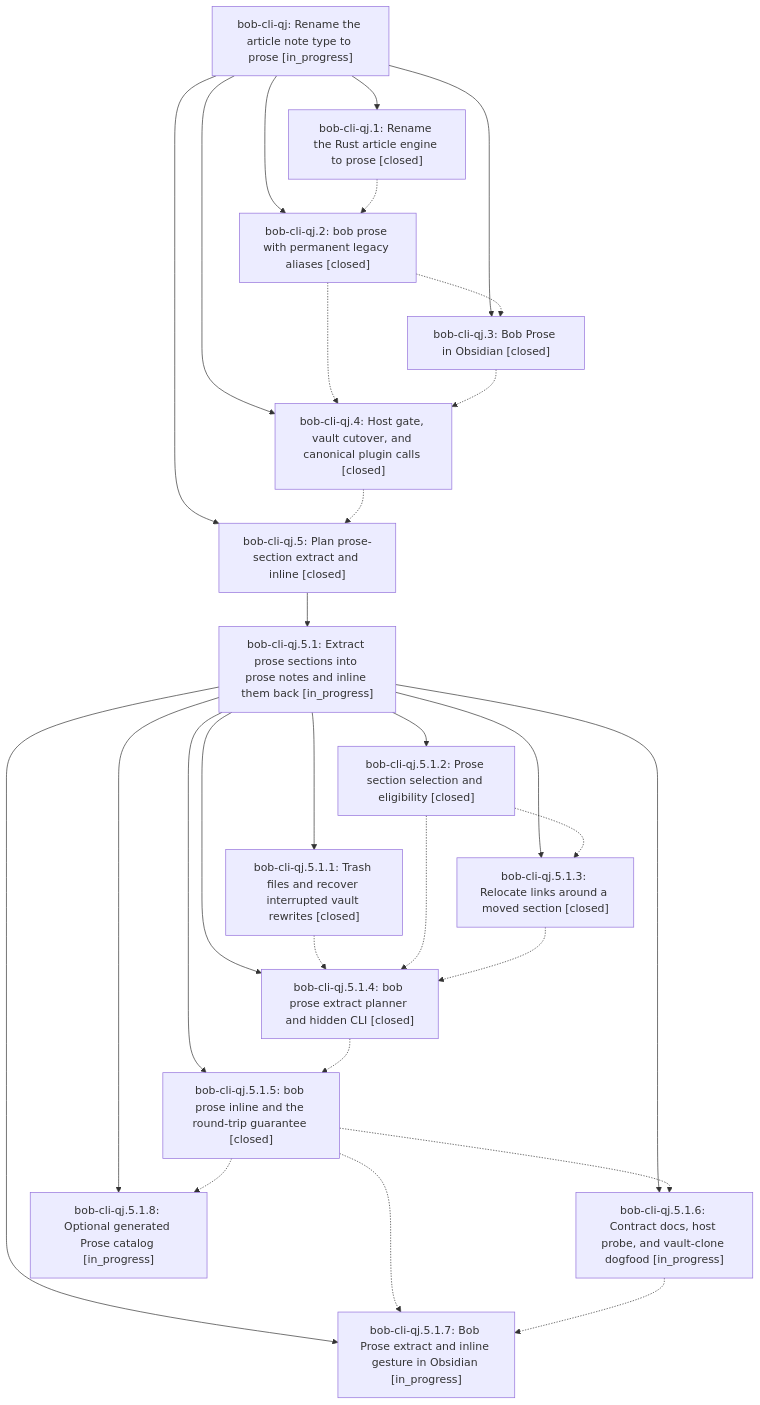
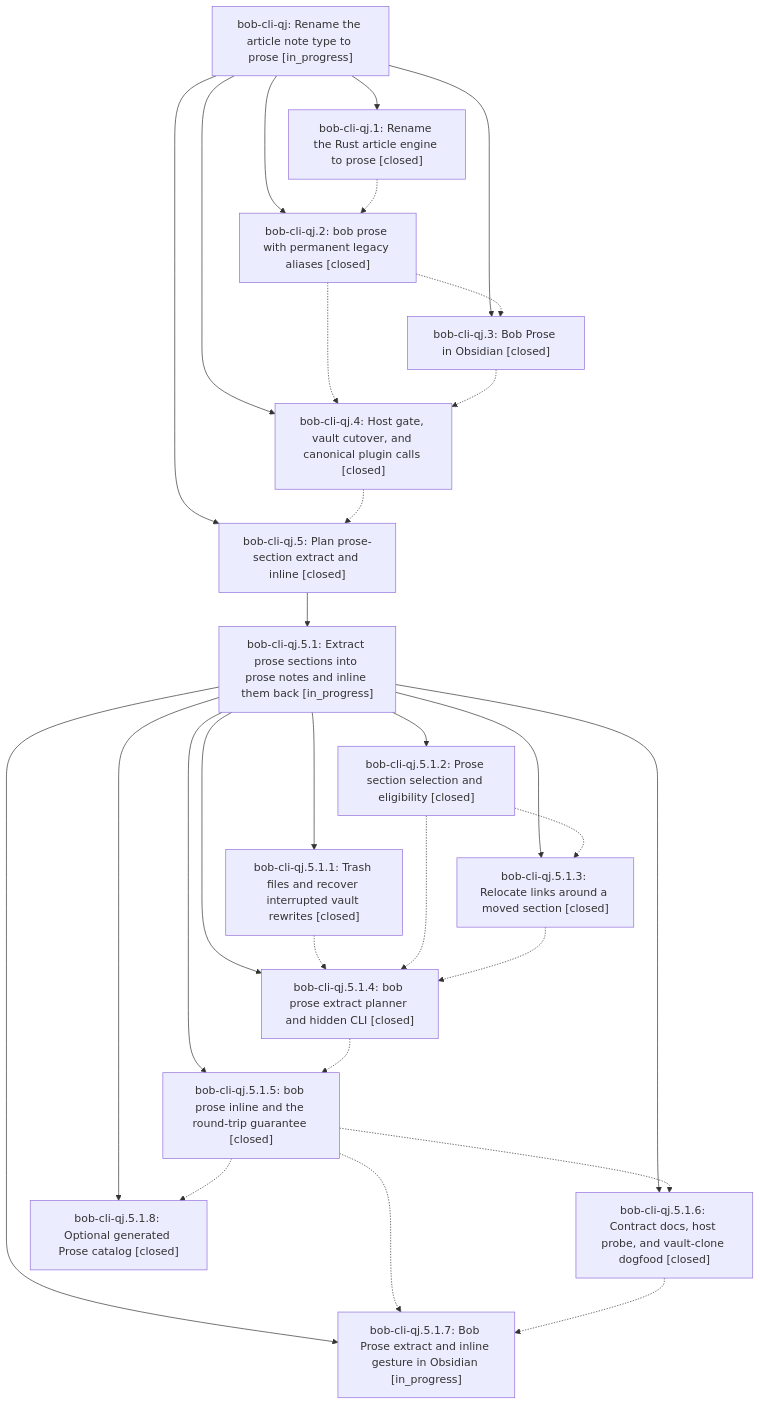
One commit to bobs-org/bob-cli--beads changed the diagram in pages/bob-cli-qj/README.md. Above: the diagram before and after it, drawn with Mermaid. The commit also changed other lines of this file and 6 other files, not shown here.

First line of the commit message:
chore(beads): sync bead state and pages for bob-cli-qj

````diff
--- a/pages/bob-cli-qj/README.md
+++ b/pages/bob-cli-qj/README.md
@@ -50,46 +50,46 @@
 ```mermaid
 flowchart TD
     n0["bob-cli-qj: Rename the article note type to prose [in_progress]"]
     n1["bob-cli-qj.1: Rename the Rust article engine to prose [closed]"]
     n2["bob-cli-qj.2: bob prose with permanent legacy aliases [closed]"]
     n3["bob-cli-qj.3: Bob Prose in Obsidian [closed]"]
     n4["bob-cli-qj.4: Host gate, vault cutover, and canonical plugin calls [closed]"]
     n5["bob-cli-qj.5: Plan prose-section extract and inline [closed]"]
     n6["bob-cli-qj.5.1: Extract prose sections into prose notes and inline them back [in_progress]"]
     n7["bob-cli-qj.5.1.1: Trash files and recover interrupted vault rewrites [closed]"]
     n8["bob-cli-qj.5.1.2: Prose section selection and eligibility [closed]"]
     n9["bob-cli-qj.5.1.3: Relocate links around a moved section [closed]"]
     n10["bob-cli-qj.5.1.4: bob prose extract planner and hidden CLI [closed]"]
     n11["bob-cli-qj.5.1.5: bob prose inline and the round-trip guarantee [closed]"]
-    n12["bob-cli-qj.5.1.6: Contract docs, host probe, and vault-clone dogfood [in_progress]"]
+    n12["bob-cli-qj.5.1.6: Contract docs, host probe, and vault-clone dogfood [closed]"]
     n13["bob-cli-qj.5.1.7: Bob Prose extract and inline gesture in Obsidian [in_progress]"]
-    n14["bob-cli-qj.5.1.8: Optional generated Prose catalog [in_progress]"]
+    n14["bob-cli-qj.5.1.8: Optional generated Prose catalog [closed]"]
     n0 --> n1
     n0 --> n2
     n0 --> n3
     n0 --> n4
     n0 --> n5
     n5 --> n6
     n6 --> n7
     n6 --> n8
     n6 --> n9
     n6 --> n10
     n6 --> n11
     n6 --> n12
     n6 --> n13
     n6 --> n14
     n1 -.-> n2
     n2 -.-> n3
     n2 -.-> n4
     n3 -.-> n4
     n4 -.-> n5
     n7 -.-> n10
     n8 -.-> n9
     n8 -.-> n10
     n9 -.-> n10
     n10 -.-> n11
     n11 -.-> n12
     n11 -.-> n13
     n11 -.-> n14
     n12 -.-> n13
 ```
````
